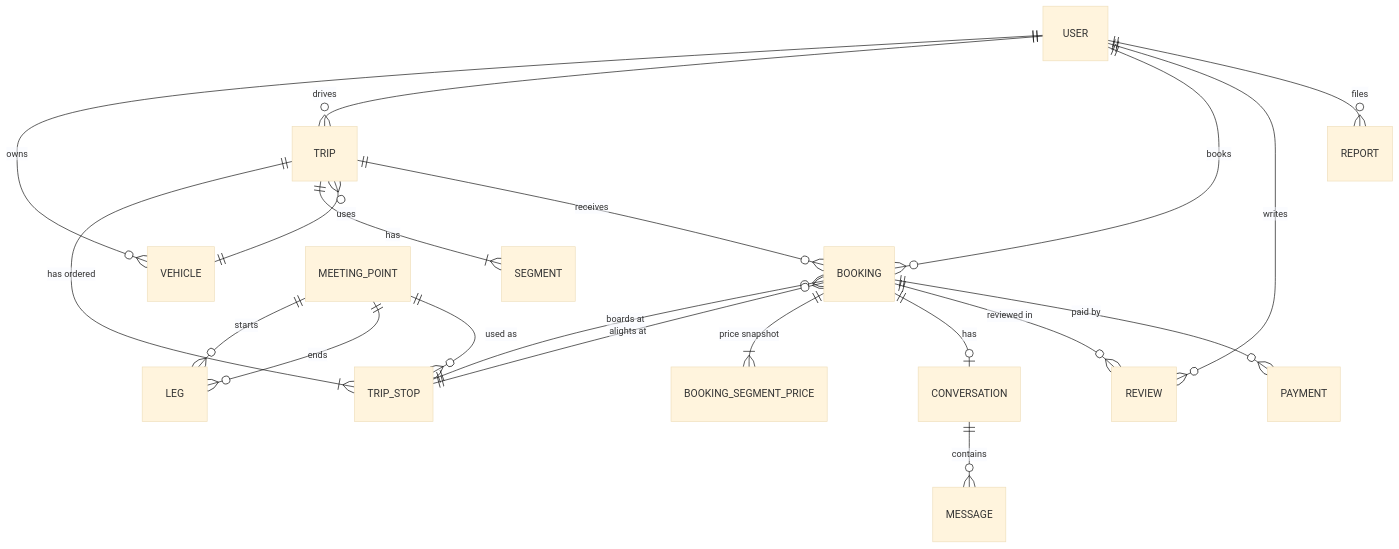
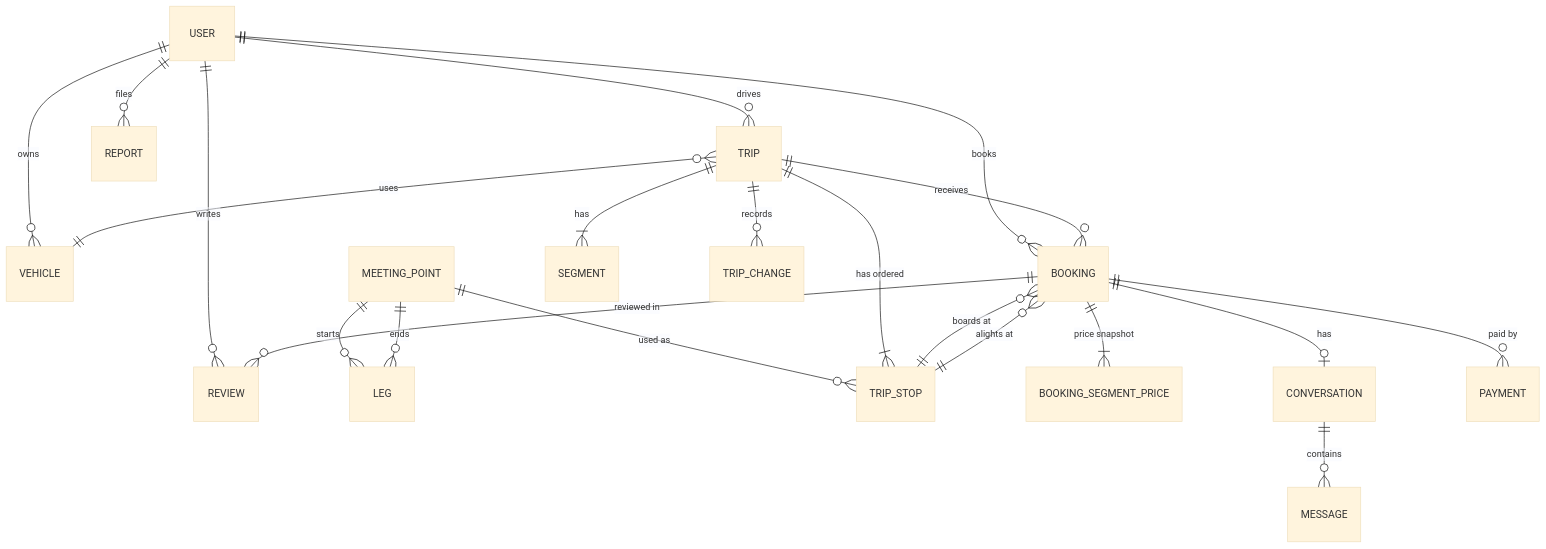
Before and after one commit to safarcikm/ShareRide: the first of 2 diagrams in docs/architecture/domain-model.md, drawn with Mermaid (base theme). The commit also changed other lines of this file and 6 other files, not shown here.

````diff
--- a/docs/architecture/domain-model.md
+++ b/docs/architecture/domain-model.md
@@ -11,22 +11,23 @@
 ```mermaid
 erDiagram
   USER ||--o{ VEHICLE : owns
   USER ||--o{ TRIP : drives
   USER ||--o{ BOOKING : books
   USER ||--o{ REVIEW : writes
   USER ||--o{ REPORT : files
   MEETING_POINT ||--o{ LEG : "starts"
   MEETING_POINT ||--o{ LEG : "ends"
   MEETING_POINT ||--o{ TRIP_STOP : "used as"
   TRIP ||--|{ TRIP_STOP : "has ordered"
   TRIP ||--|{ SEGMENT : "has"
+  TRIP ||--o{ TRIP_CHANGE : "records"
   TRIP }o--|| VEHICLE : uses
   TRIP ||--o{ BOOKING : receives
   BOOKING }o--|| TRIP_STOP : "boards at"
   BOOKING }o--|| TRIP_STOP : "alights at"
   BOOKING ||--|{ BOOKING_SEGMENT_PRICE : "price snapshot"
   BOOKING ||--o| CONVERSATION : has
   CONVERSATION ||--o{ MESSAGE : contains
   BOOKING ||--o{ REVIEW : "reviewed in"
   BOOKING ||--o{ PAYMENT : "paid by"
 ```
````
